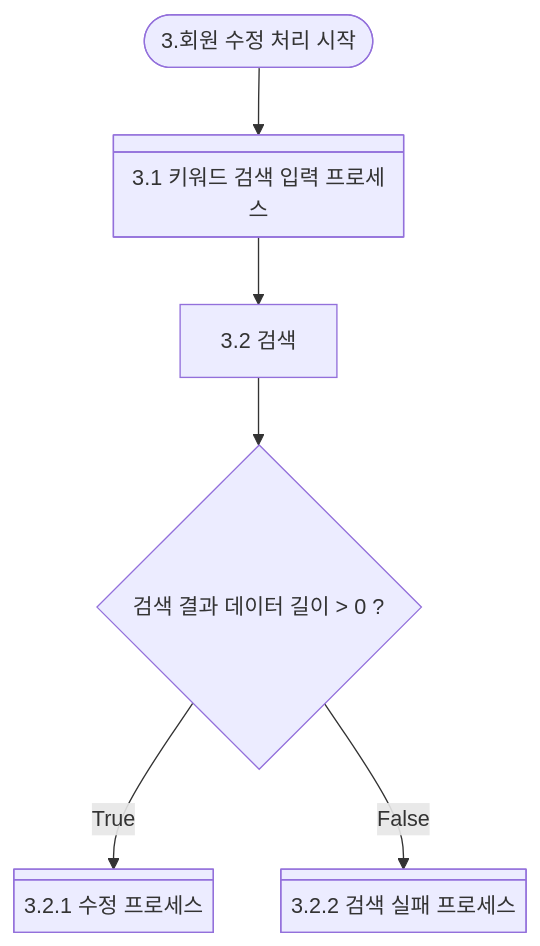
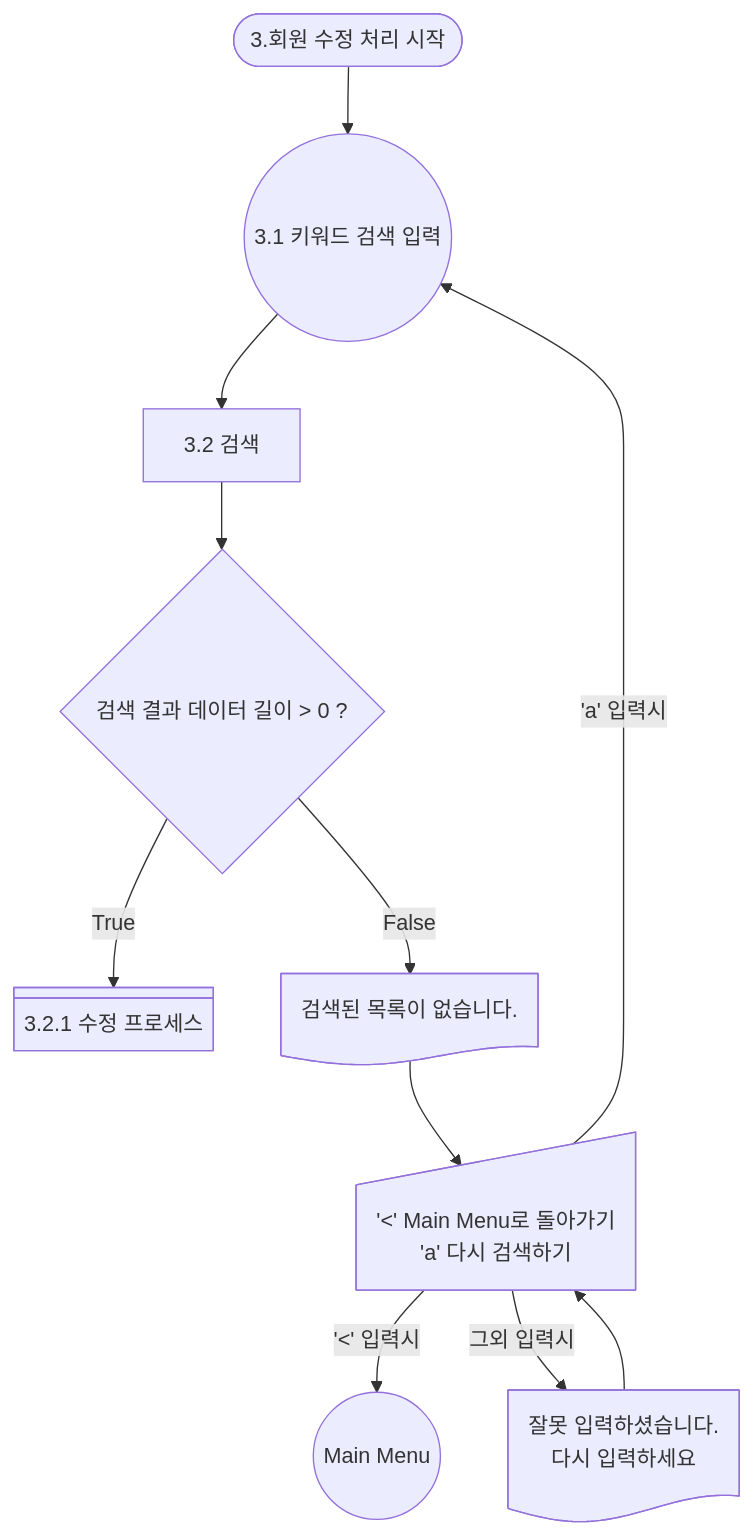
One commit to Happy-o3ov/big20-python-project1-team3 changed the diagram in docs/1stSubject_flowchart03_update_3.0.md. Above: the diagram before and after it, drawn with Mermaid. The commit also changed 1 other file, not shown here.

Commit message:
통합

````diff
--- a/docs/1stSubject_flowchart03_update_3.0.md
+++ b/docs/1stSubject_flowchart03_update_3.0.md
@@ -2,10 +2,15 @@
 ```mermaid
 graph TD
    %% 3. 회원 수정 처리 
    Update([3.회원 수정 처리 시작]) --> searchCondition@{ shape: div-rect, label: "3.1 키워드 검색 입력 프로세스" } 
    searchCondition --> searching[3.2 검색]
    searching --> searchResult{ 검색 결과 데이터 길이 > 0 ? }
    searchResult -- True --> updateItemNoChoice@{ shape: div-rect, label: "3.2.1 수정 프로세스" } 
-   searchResult -- False --> searchResultFailed@{ shape: div-rect, label: "3.2.2 검색 실패 프로세스"}
+   searchResult -- False --> printNoSearch@{ shape: doc, label: "검색된 목록이 없습니다."};
+      printNoSearch --> inputAction@{ shape: sl-rect, label: "'<' Main Menu로 돌아가기 <br> 'a' 다시 검색하기 "}
+      inputAction -- 'a' 입력시 --> searchCondition((3.1 키워드 검색 입력))
+      inputAction -- '<' 입력시 --> MainMenu((Main Menu))
+      inputAction -- 그외 입력시 --> errorInputPrint@{ shape: doc, label: "잘못 입력하셨습니다. <br> 다시 입력하세요"};
+      errorInputPrint --> inputAction    
    %% searchResultFailed --> searchCondition
  ```
````
